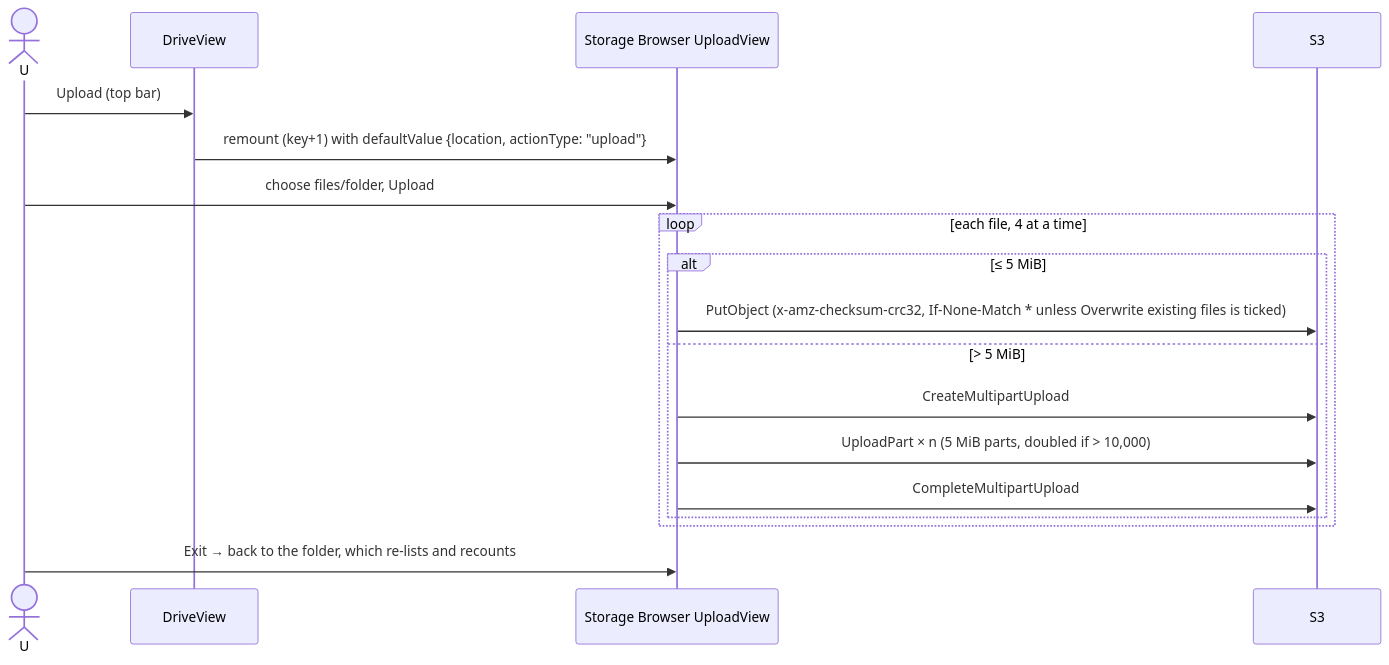
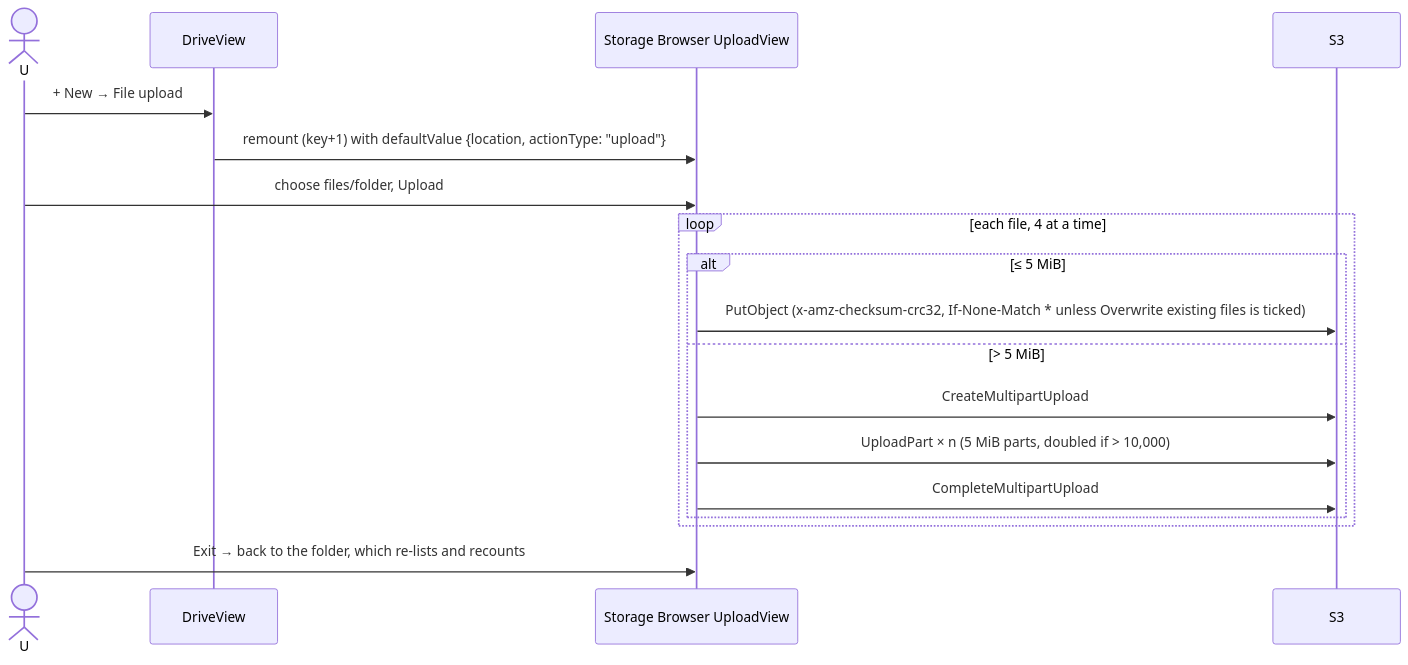
Before and after one commit to hualinh1012/personal-storage: the second of 6 diagrams in docs/features/global-drive.md, drawn with Mermaid. The commit also changed other lines of this file and 19 other files, not shown here.

````diff
--- a/docs/features/global-drive.md
+++ b/docs/features/global-drive.md
@@ -117,21 +120,21 @@
 ```mermaid
 sequenceDiagram
     actor U
     participant D as DriveView
     participant SB as Storage Browser UploadView
     participant S3
 
-    U->>D: Upload (top bar)
+    U->>D: + New → File upload
     D->>SB: remount (key+1) with defaultValue {location, actionType: "upload"}
     U->>SB: choose files/folder, Upload
     loop each file, 4 at a time
         alt ≤ 5 MiB
             SB->>S3: PutObject (x-amz-checksum-crc32, If-None-Match * unless Overwrite existing files is ticked)
         else > 5 MiB
             SB->>S3: CreateMultipartUpload
             SB->>S3: UploadPart × n (5 MiB parts, doubled if > 10,000)
             SB->>S3: CompleteMultipartUpload
         end
     end
     U->>SB: Exit → back to the folder, which re-lists and recounts
 ```
````
